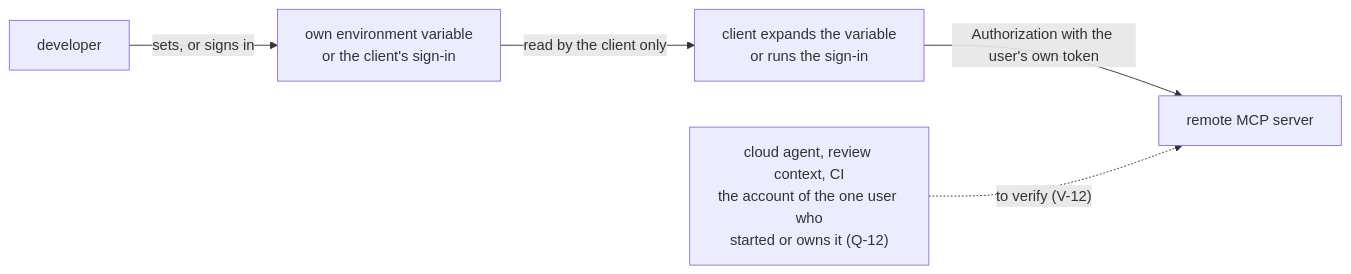
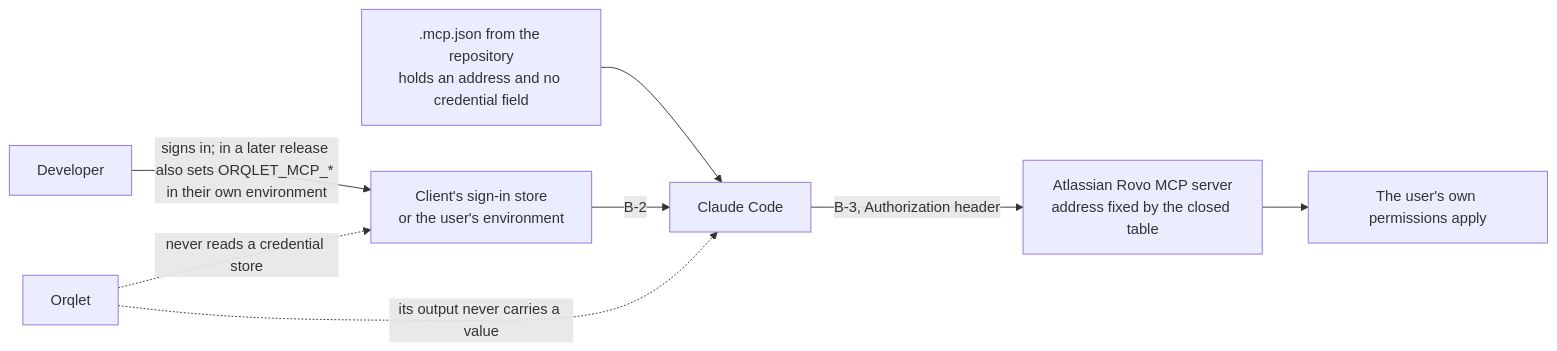
The third of 3 diagrams in docs/design/mcp-or-plugins/design/data-flow.md (tmishari/orqlet), drawn with Mermaid before and after one commit. The commit also changed other lines of this file and 12 other files, not shown here.

````diff
--- a/docs/design/mcp-or-plugins/design/data-flow.md
+++ b/docs/design/mcp-or-plugins/design/data-flow.md
@@ -53,13 +44,10 @@
 ```mermaid
 flowchart LR
-  user["developer"]
-  env["own environment variable<br/>or the client's sign-in"]
-  client["client expands the variable<br/>or runs the sign-in"]
-  server["remote MCP server"]
-  unatt["cloud agent, review context, CI<br/>the account of the one user who<br/>started or owns it (Q-12)"]
-
-  user -->|"sets, or signs in"| env
-  env -->|"read by the client only"| client
-  client -->|"Authorization with the user's own token"| server
-  unatt -.->|"to verify (V-12)"| server
+  user["Developer"] -->|signs in; in a later release also sets ORQLET_MCP_* in their own environment| store["Client's sign-in store<br/>or the user's environment"]
+  file[".mcp.json from the repository<br/>holds an address and no credential field"] --> client["Claude Code"]
+  store -->|B-2| client
+  client -->|B-3, Authorization header| server["Atlassian Rovo MCP server<br/>address fixed by the closed table"]
+  server --> perm["The user's own permissions apply"]
+  orq["Orqlet"] -.->|never reads a credential store| store
+  orq -.->|its output never carries a value| client
 ```
````
